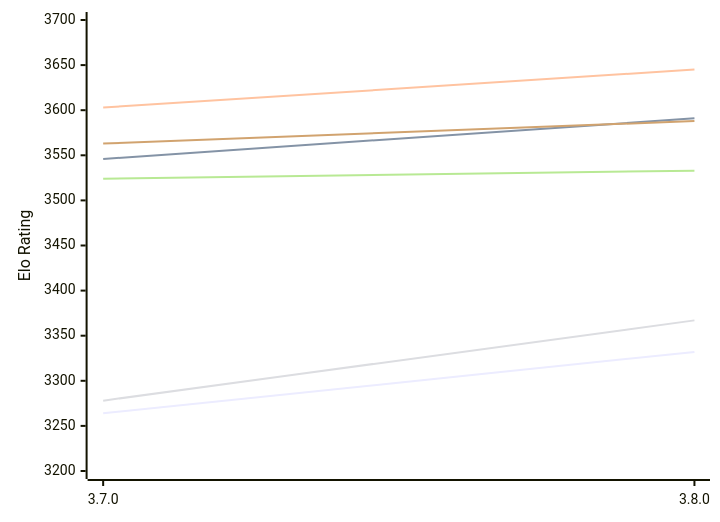
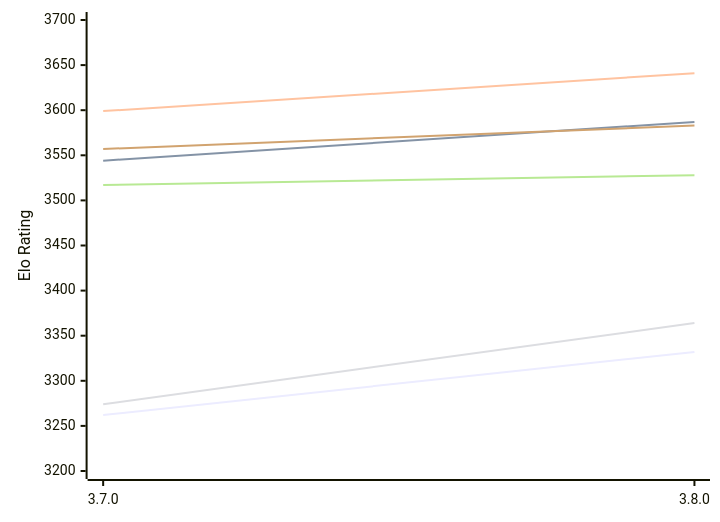
One commit to computer-chess-index/cci changed the first of 2 diagrams in engines/Igel.md. Above: the diagram before and after it, drawn with Mermaid. The commit also changed other lines of this file, not shown here.

Commit message:
Update CCI Ratings (ELO VLTC) - 2026-11-19

````diff
--- a/engines/Igel.md
+++ b/engines/Igel.md
@@ -51,12 +51,12 @@
 ```mermaid
 %%{init: {"theme":"base","themeVariables":{"seriesColors:['#a3a3a3','#222221','#faa371']}}}%%
 xychart-beta
   x-axis ["3.7.0", "3.8.0"]
   y-axis "Elo Rating" 3200 --> 3700
-  line "E1: STC (8.0+0.08s)" [3264, 3332]
-  line "E1: LTC (60.0+0.60s)" [3546, 3591]
-  line "E1: VLTC (2m24s+1.12s)" [3603, 3645]
-  line "P1: STC (8.0+0.08s)" [3278, 3367]
-  line "P1: LTC (60.0+0.60s)" [3524, 3533]
-  line "P1: VLTC (2m24s+1.12s)" [3563, 3588]
+  line "E1: STC (8.0+0.08s)" [3262, 3332]
+  line "E1: LTC (60.0+0.60s)" [3544, 3587]
+  line "E1: VLTC (2m24s+1.12s)" [3599, 3641]
+  line "P1: STC (8.0+0.08s)" [3274, 3364]
+  line "P1: LTC (60.0+0.60s)" [3517, 3528]
+  line "P1: VLTC (2m24s+1.12s)" [3557, 3583]
 ```
````
